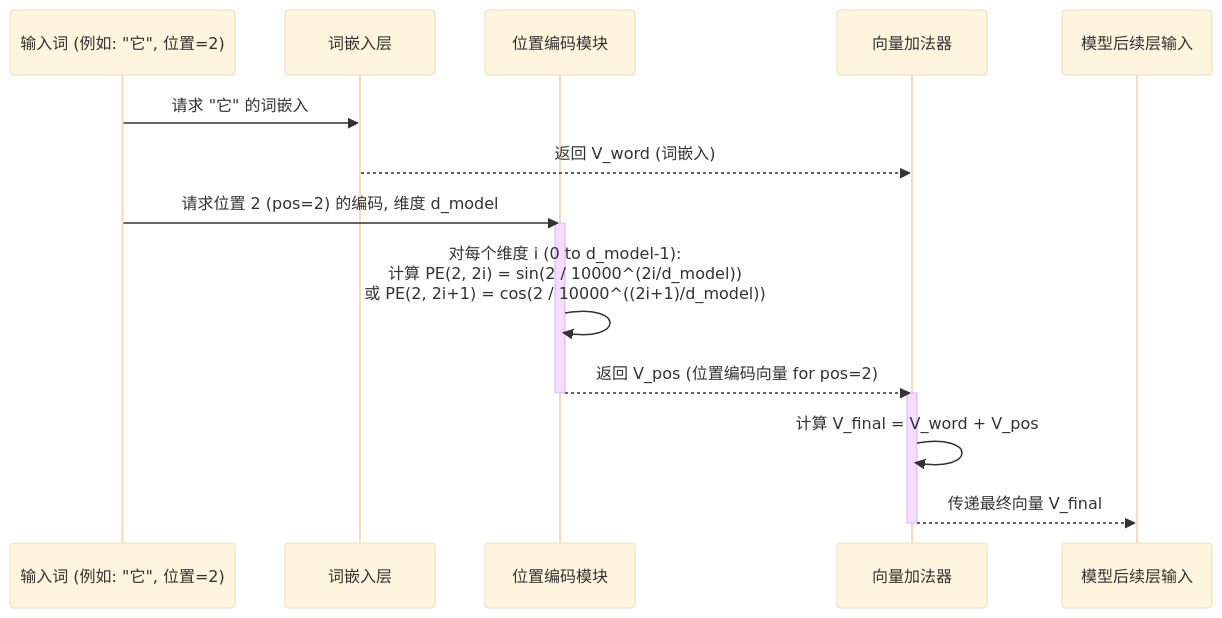
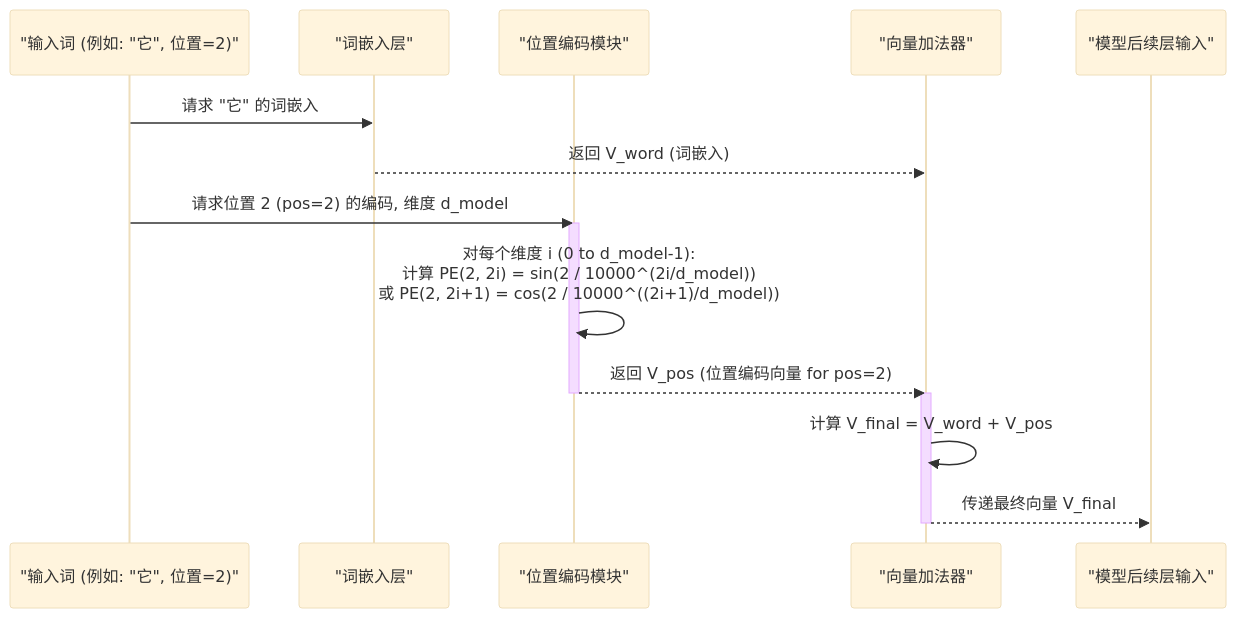
Before and after one commit to jueshi/PocketFlow-Tutorial-Codebase-Knowledge: the second of 2 diagrams in output/Attention_Is_All_You_Need/04_位置编码_.md, drawn with Mermaid (base theme). The commit also changed 282 other files, not shown here.

````diff
--- a/output/Attention_Is_All_You_Need/04_位置编码_.md
+++ b/output/Attention_Is_All_You_Need/04_位置编码_.md
@@ -130,20 +130,20 @@
 ```mermaid
 sequenceDiagram
-  participant InputWord as 输入词 (例如: "它", 位置=2)
-  participant WordEmbedLayer as 词嵌入层
-  participant PosEncodingModule as 位置编码模块
-  participant VectorAdder as 向量加法器
-  participant ModelInput as 模型后续层输入
+  participant InputWord as "输入词 (例如: "它", 位置=2)"
+  participant WordEmbedLayer as "词嵌入层"
+  participant PosEncodingModule as "位置编码模块"
+  participant VectorAdder as "向量加法器"
+  participant ModelInput as "模型后续层输入"
 
   InputWord ->> WordEmbedLayer: 请求 "它" 的词嵌入
   WordEmbedLayer -->> VectorAdder: 返回 V_word (词嵌入)
   InputWord ->> PosEncodingModule: 请求位置 2 (pos=2) 的编码, 维度 d_model
   activate PosEncodingModule
   PosEncodingModule ->> PosEncodingModule: 对每个维度 i (0 to d_model-1): <br>计算 PE(2, 2i) = sin(2 / 10000^(2i/d_model)) <br>或 PE(2, 2i+1) = cos(2 / 10000^((2i+1)/d_model))
   PosEncodingModule -->> VectorAdder: 返回 V_pos (位置编码向量 for pos=2)
   deactivate PosEncodingModule
   activate VectorAdder
   VectorAdder ->> VectorAdder: 计算 V_final = V_word + V_pos
   VectorAdder -->> ModelInput: 传递最终向量 V_final
   deactivate VectorAdder
 ```
````
